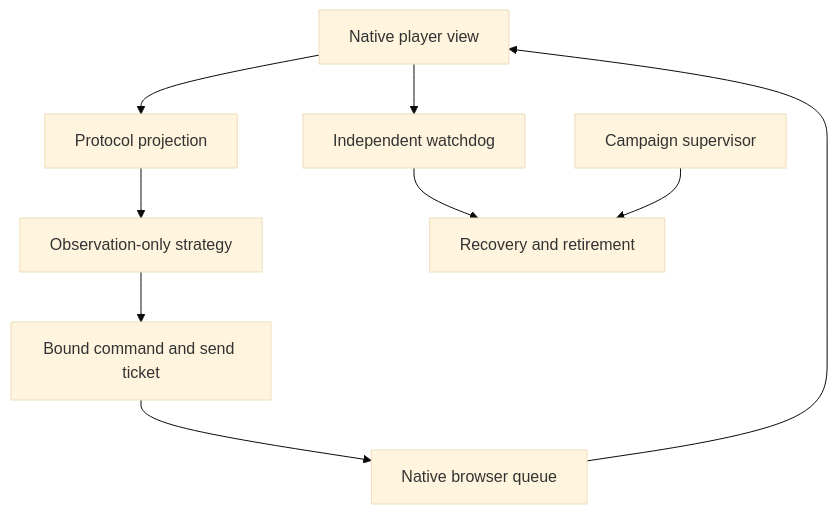
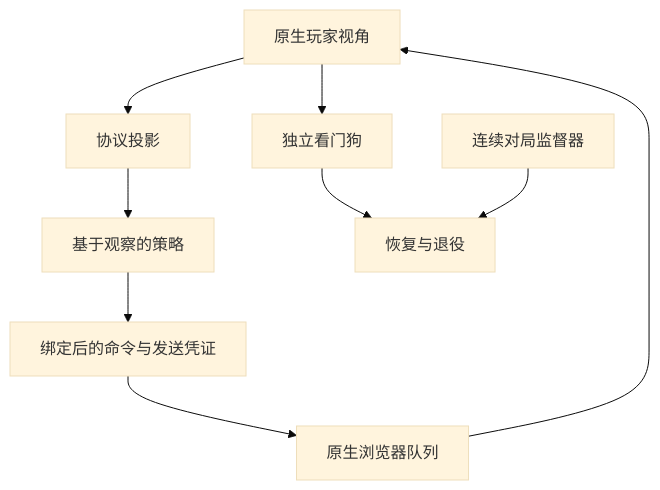
The diagram in docs/architecture.md (AxelHu/keyforge-tco-bot), drawn with Mermaid (base theme) before and after one commit. The commit also changed other lines of this file and 22 other files, not shown here.

````diff
--- a/docs/architecture.md
+++ b/docs/architecture.md
@@ -7,11 +5,11 @@
 ```mermaid
 flowchart TD
-  A[Native player view] --> B[Protocol projection]
-  B --> C[Observation-only strategy]
-  C --> D[Bound command and send ticket]
-  D --> E[Native browser queue]
+  A[原生玩家视角] --> B[协议投影]
+  B --> C[基于观察的策略]
+  C --> D[绑定后的命令与发送凭证]
+  D --> E[原生浏览器队列]
   E --> A
-  A --> F[Independent watchdog]
-  F --> G[Recovery and retirement]
-  H[Campaign supervisor] --> G
+  A --> F[独立看门狗]
+  F --> G[恢复与退役]
+  H[连续对局监督器] --> G
 ```
````
